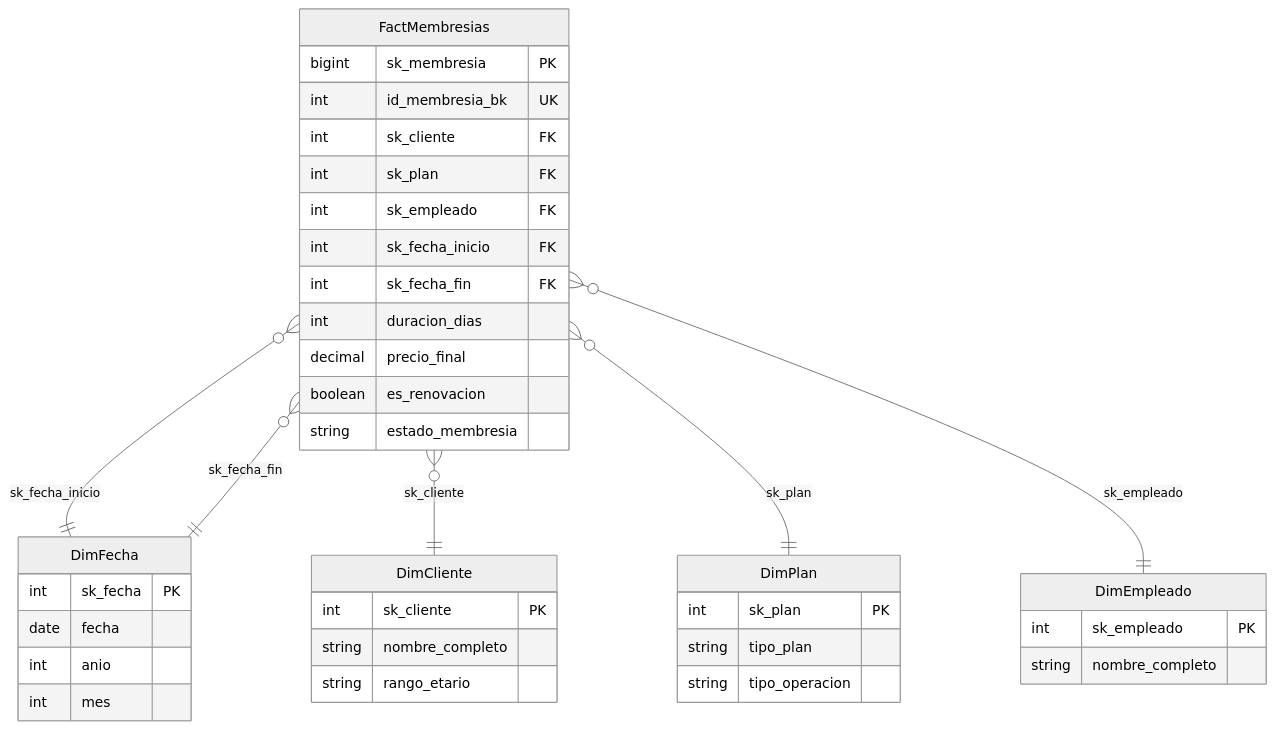
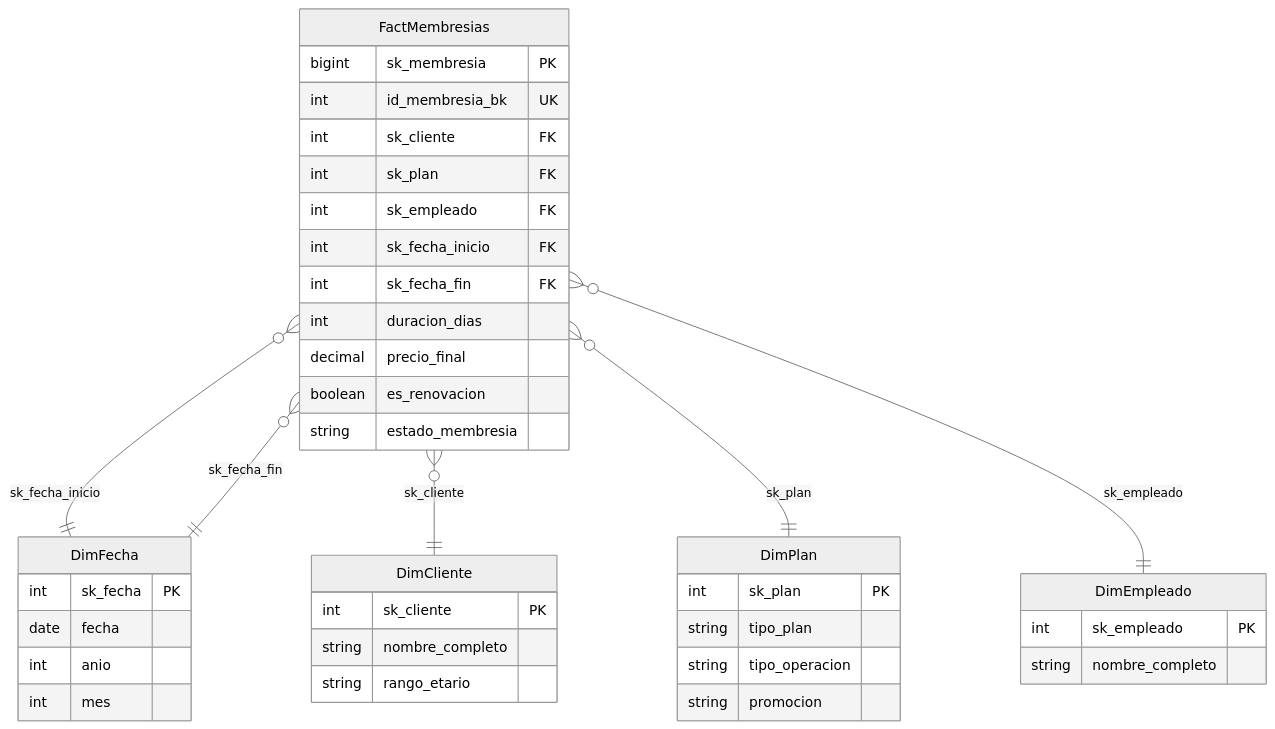
Before and after one commit to leroy-s2/vip-center-fit-bi: the third of 13 diagrams in README.md, drawn with Mermaid (neutral theme). The commit also changed other lines of this file and 13 other files, not shown here.

````diff
--- a/README.md
+++ b/README.md
@@ -187,41 +187,42 @@
 ```mermaid
 erDiagram
   FactMembresias {
     bigint sk_membresia PK
     int id_membresia_bk UK
     int sk_cliente FK
     int sk_plan FK
     int sk_empleado FK
     int sk_fecha_inicio FK
     int sk_fecha_fin FK
     int duracion_dias
     decimal precio_final
     boolean es_renovacion
     string estado_membresia
   }
   DimFecha {
     int sk_fecha PK
     date fecha
     int anio
     int mes
   }
   DimCliente {
     int sk_cliente PK
     string nombre_completo
     string rango_etario
   }
   DimPlan {
     int sk_plan PK
     string tipo_plan
     string tipo_operacion
+    string promocion
   }
   DimEmpleado {
     int sk_empleado PK
     string nombre_completo
   }
   FactMembresias }o--|| DimFecha : "sk_fecha_inicio"
   FactMembresias }o--|| DimFecha : "sk_fecha_fin"
   FactMembresias }o--|| DimCliente : "sk_cliente"
   FactMembresias }o--|| DimPlan : "sk_plan"
   FactMembresias }o--|| DimEmpleado : "sk_empleado"
 ```
````
